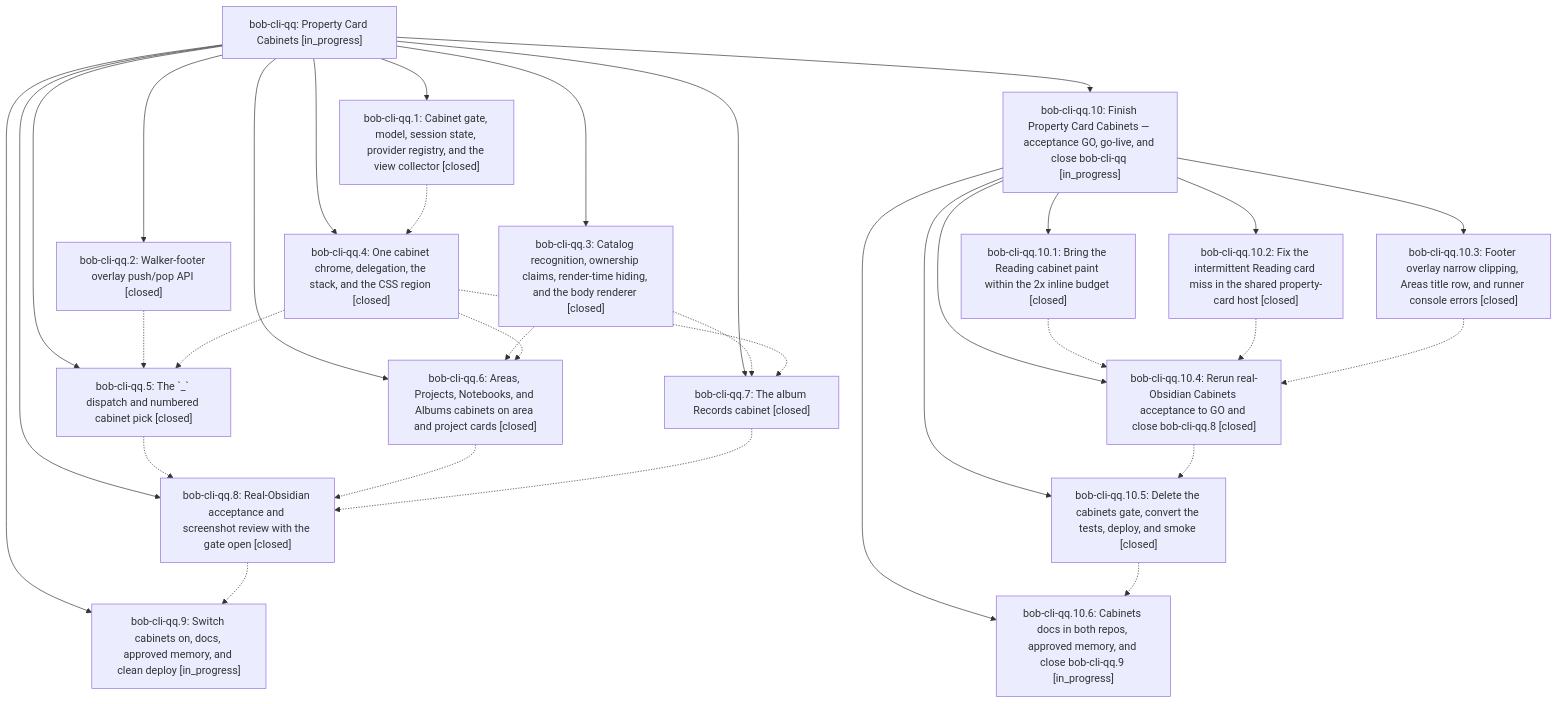
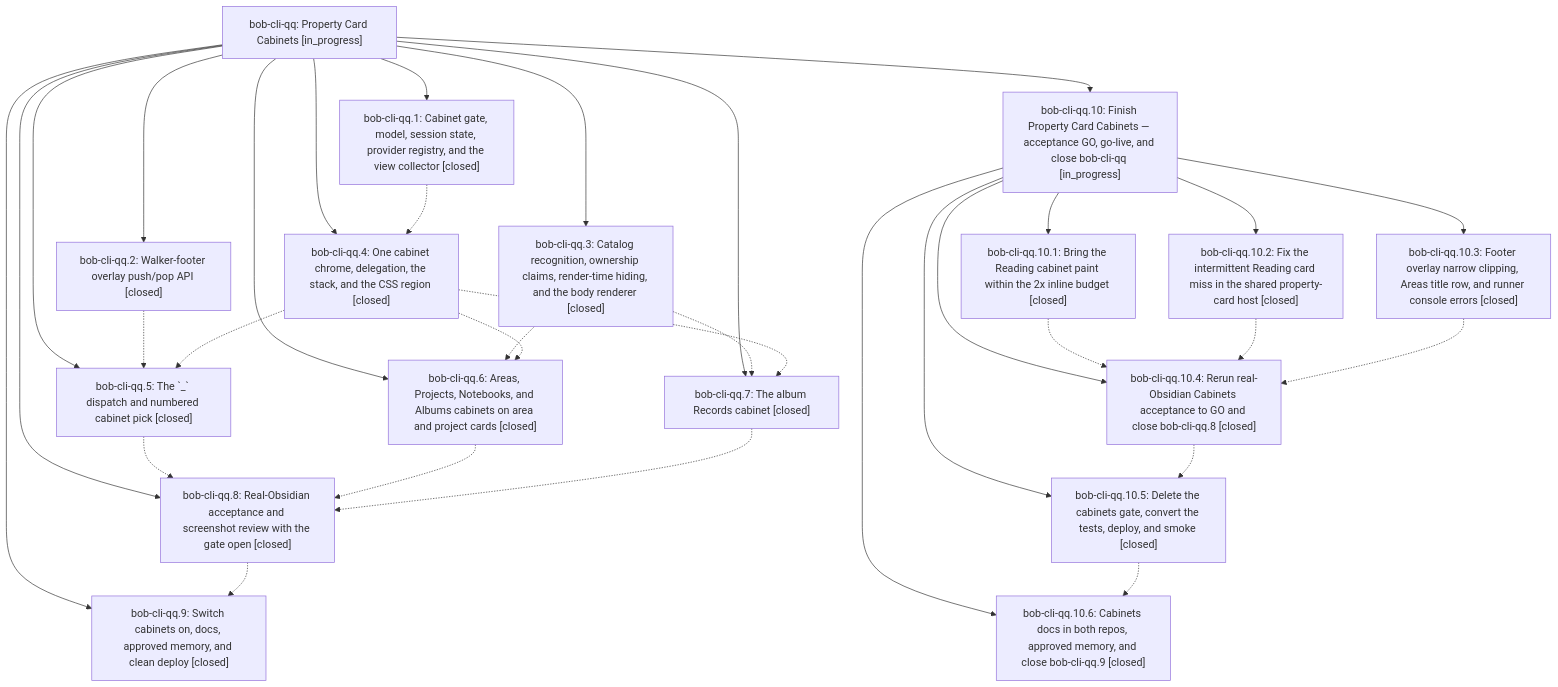
The diagram in pages/bob-cli-qq/README.md (bobs-org/bob-cli--beads), drawn with Mermaid before and after one commit. The commit also changed other lines of this file and 5 other files, not shown here.

First line of the commit message:
chore(beads): sync bead state and pages for bob-cli-qq

````diff
--- a/pages/bob-cli-qq/README.md
+++ b/pages/bob-cli-qq/README.md
@@ -52,52 +52,52 @@
 ```mermaid
 flowchart TD
     n0["bob-cli-qq: Property Card Cabinets [in_progress]"]
     n1["bob-cli-qq.1: Cabinet gate, model, session state, provider registry, and the view collector [closed]"]
     n2["bob-cli-qq.10: Finish Property Card Cabinets — acceptance GO, go-live, and close bob-cli-qq [in_progress]"]
     n3["bob-cli-qq.10.1: Bring the Reading cabinet paint within the 2x inline budget [closed]"]
     n4["bob-cli-qq.10.2: Fix the intermittent Reading card miss in the shared property-card host [closed]"]
     n5["bob-cli-qq.10.3: Footer overlay narrow clipping, Areas title row, and runner console errors [closed]"]
     n6["bob-cli-qq.10.4: Rerun real-Obsidian Cabinets acceptance to GO and close bob-cli-qq.8 [closed]"]
     n7["bob-cli-qq.10.5: Delete the cabinets gate, convert the tests, deploy, and smoke [closed]"]
-    n8["bob-cli-qq.10.6: Cabinets docs in both repos, approved memory, and close bob-cli-qq.9 [in_progress]"]
+    n8["bob-cli-qq.10.6: Cabinets docs in both repos, approved memory, and close bob-cli-qq.9 [closed]"]
     n9["bob-cli-qq.2: Walker-footer overlay push/pop API [closed]"]
     n10["bob-cli-qq.3: Catalog recognition, ownership claims, render-time hiding, and the body renderer [closed]"]
     n11["bob-cli-qq.4: One cabinet chrome, delegation, the stack, and the CSS region [closed]"]
     n12["bob-cli-qq.5: The `_` dispatch and numbered cabinet pick [closed]"]
     n13["bob-cli-qq.6: Areas, Projects, Notebooks, and Albums cabinets on area and project cards [closed]"]
     n14["bob-cli-qq.7: The album Records cabinet [closed]"]
     n15["bob-cli-qq.8: Real-Obsidian acceptance and screenshot review with the gate open [closed]"]
-    n16["bob-cli-qq.9: Switch cabinets on, docs, approved memory, and clean deploy [in_progress]"]
+    n16["bob-cli-qq.9: Switch cabinets on, docs, approved memory, and clean deploy [closed]"]
     n0 --> n1
     n0 --> n2
     n2 --> n3
     n2 --> n4
     n2 --> n5
     n2 --> n6
     n2 --> n7
     n2 --> n8
     n0 --> n9
     n0 --> n10
     n0 --> n11
     n0 --> n12
     n0 --> n13
     n0 --> n14
     n0 --> n15
     n0 --> n16
     n1 -.-> n11
     n3 -.-> n6
     n4 -.-> n6
     n5 -.-> n6
     n6 -.-> n7
     n7 -.-> n8
     n9 -.-> n12
     n10 -.-> n13
     n10 -.-> n14
     n11 -.-> n12
     n11 -.-> n13
     n11 -.-> n14
     n12 -.-> n15
     n13 -.-> n15
     n14 -.-> n15
     n15 -.-> n16
 ```
````
